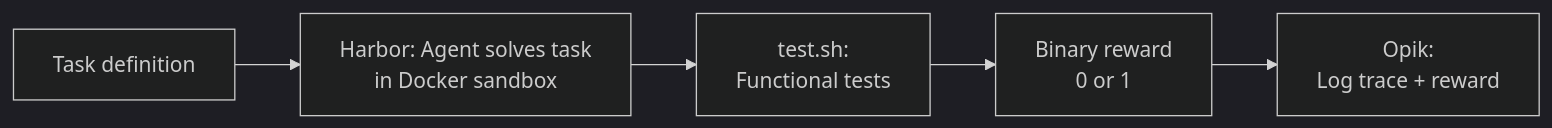
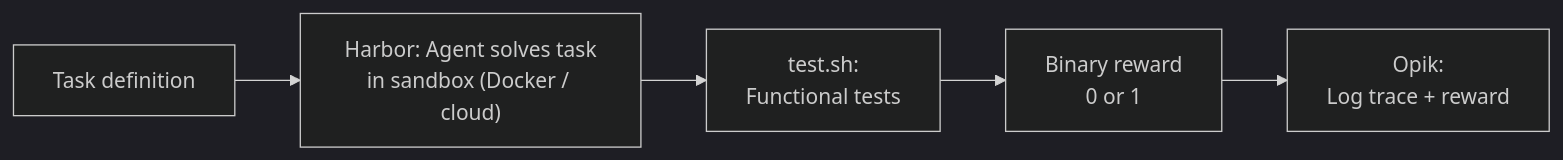
The first of 2 diagrams in README.md (NoesisVision/nasde-toolkit), drawn with Mermaid (dark theme) before and after one commit. The commit also changed other lines of this file and 10 other files, not shown here.

First line of the commit message:
Add cloud sandbox provider support (--harbor-env) and ARCHITECTURE.md

````diff
--- a/README.md
+++ b/README.md
@@ -21,7 +21,7 @@
 ```mermaid
 flowchart LR
-    A["Task definition"] --> B["Harbor: Agent solves task\nin Docker sandbox"]
+    A["Task definition"] --> B["Harbor: Agent solves task\nin sandbox (Docker / cloud)"]
     B --> C["test.sh:\nFunctional tests"]
     C --> D["Binary reward\n0 or 1"]
     D --> E["Opik:\nLog trace + reward"]
 ```
````
